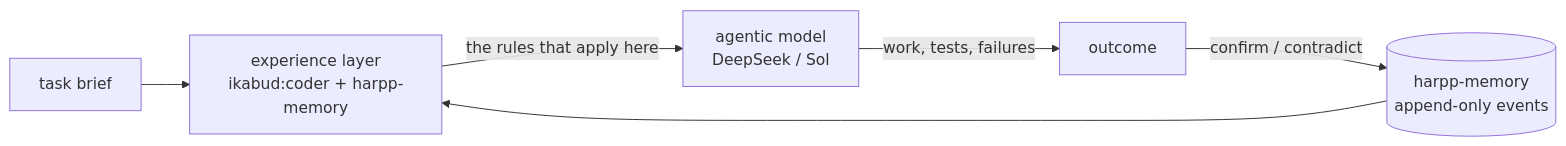
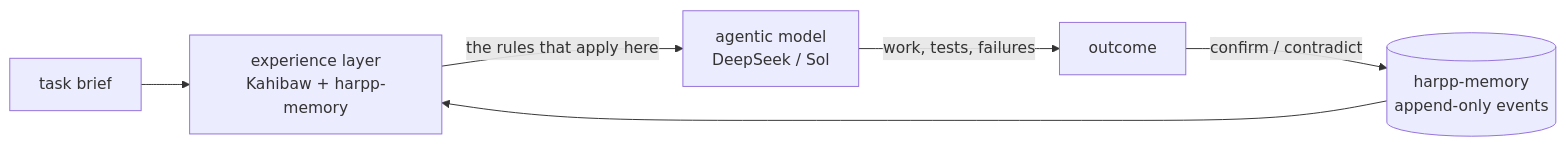
Before and after one commit to aKira041795/Ikabud-CMS-Kernel: the diagram in docs/ai/llm-experience-layer.md, drawn with Mermaid. The commit also changed other lines of this file and 2 other files, not shown here.

First line of the commit message:
harpp: name the experience model Kahibaw

````diff
--- a/docs/ai/llm-experience-layer.md
+++ b/docs/ai/llm-experience-layer.md
@@ -28,8 +28,8 @@
 ```mermaid
 flowchart LR
-    T["task brief"] --> S["experience layer<br/>ikabud:coder + harpp-memory"]
+    T["task brief"] --> S["experience layer<br/>Kahibaw + harpp-memory"]
     S -->|"the rules that apply here"| A["agentic model<br/>DeepSeek / Sol"]
     A -->|"work, tests, failures"| O["outcome"]
     O -->|"confirm / contradict"| M[("harpp-memory<br/>append-only events")]
     M --> S
 ```
````
